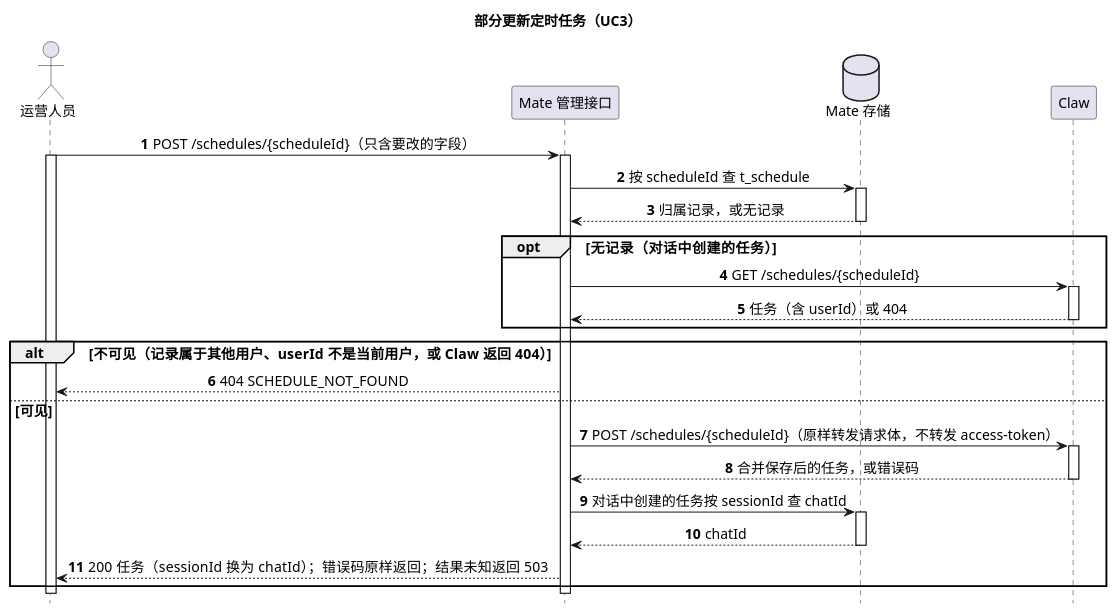
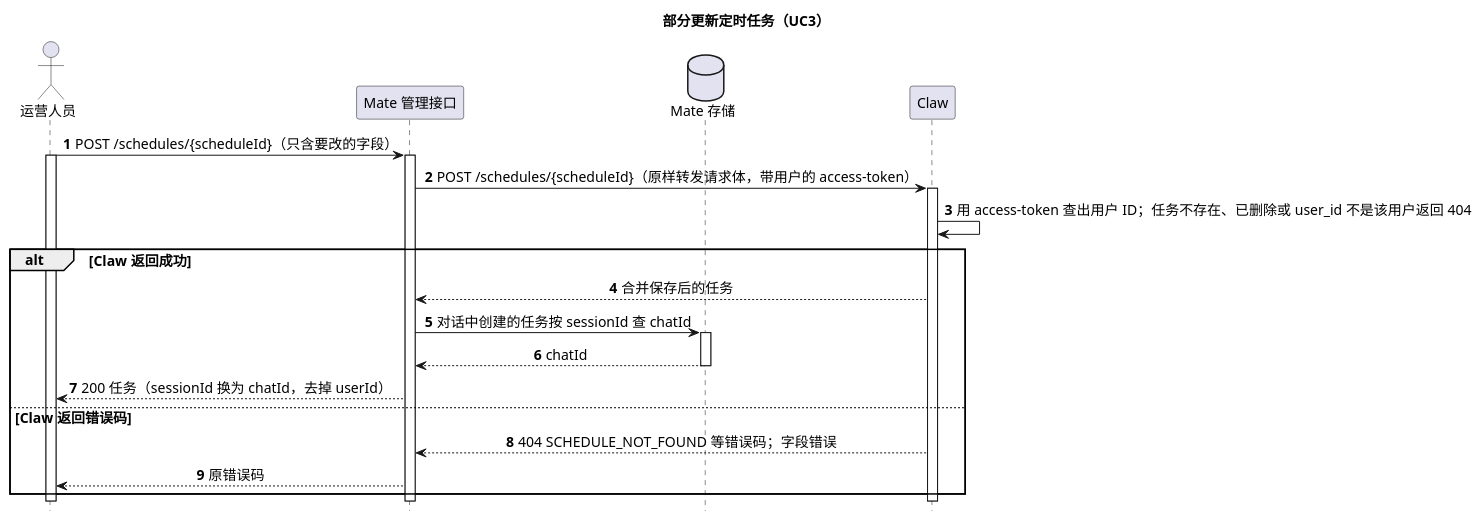
One commit to ssm0808/pi-mono-java-design changed the eighth of 14 diagrams in 02-服务与接口/08-CampusMate定时任务/diagram.puml. Above: the diagram before and after it, drawn with PlantUML. The commit also changed other lines of this file and 32 other files, not shown here.

First line of the commit message:
定时任务：去掉 Mate t_schedule，任务归属只在 Claw user_id

```diff
--- a/02-服务与接口/08-CampusMate定时任务/diagram.puml
+++ b/02-服务与接口/08-CampusMate定时任务/diagram.puml
@@ -335,35 +293,32 @@
 @startuml mate_schedule_update
 ' 目标：待实现；UC3 部分更新一个任务。
-' Claw 接口：POST /campusclaw-service/v1/schedules/{scheduleId}，见 01-总体架构/08-CampusClaw定时任务/README.md 第 4.4.5 节。
+' Claw 接口：POST /campusclaw-service/v1/schedules/{scheduleId}，见 01-总体架构/08-CampusClaw定时任务/README.md 第 4.4.5 节；按用户查询见第 4.8.3 节。
 ' mate-service 源码未核验；用户认证与权限由 Mate 框架按 access-token 在进入管理接口前完成，不在本图中。
-' 表达方式：画可见性检查与转发；Claw 的字段错误原样返回，超时或断连返回 503 并由页面读取详情核对，见 README.md 第 4.2.9 节。
+' 表达方式：归属检查与合并保存在 Claw 同一事务内；超时或断连返回 503 并由页面读取详情核对，见 README.md 第 4.2.9 节。
 title 部分更新定时任务（UC3）
 hide footbox
 skinparam backgroundColor white
 skinparam defaultFontSize 14
 skinparam sequenceMessageAlign center
 actor "运营人员" as Operator
 participant "Mate 管理接口" as Mate
 database "Mate 存储" as MateStore
 participant "Claw" as Claw
 autonumber
 Operator -> Mate ++ : POST /schedules/{scheduleId}（只含要改的字段）
 activate Operator
-Mate -> MateStore ++ : 按 scheduleId 查 t_schedule
-return 归属记录，或无记录
-opt 无记录（对话中创建的任务）
-  Mate -> Claw ++ : GET /schedules/{scheduleId}
-  return 任务（含 userId）或 404
-end
-alt 不可见（记录属于其他用户、userId 不是当前用户，或 Claw 返回 404）
-  Mate --> Operator : 404 SCHEDULE_NOT_FOUND
-else 可见
-  Mate -> Claw ++ : POST /schedules/{scheduleId}（原样转发请求体，不转发 access-token）
-  return 合并保存后的任务，或错误码
+Mate -> Claw ++ : POST /schedules/{scheduleId}（原样转发请求体，带用户的 access-token）
+Claw -> Claw : 用 access-token 查出用户 ID；任务不存在、已删除或 user_id 不是该用户返回 404
+alt Claw 返回成功
+  Claw --> Mate : 合并保存后的任务
   Mate -> MateStore ++ : 对话中创建的任务按 sessionId 查 chatId
   return chatId
-  Mate --> Operator : 200 任务（sessionId 换为 chatId）；错误码原样返回；结果未知返回 503
+  Mate --> Operator : 200 任务（sessionId 换为 chatId，去掉 userId）
+else Claw 返回错误码
+  Claw --> Mate : 404 SCHEDULE_NOT_FOUND 等错误码；字段错误
+  Mate --> Operator : 原错误码
 end
+deactivate Claw
 deactivate Mate
 deactivate Operator
 @enduml
```
